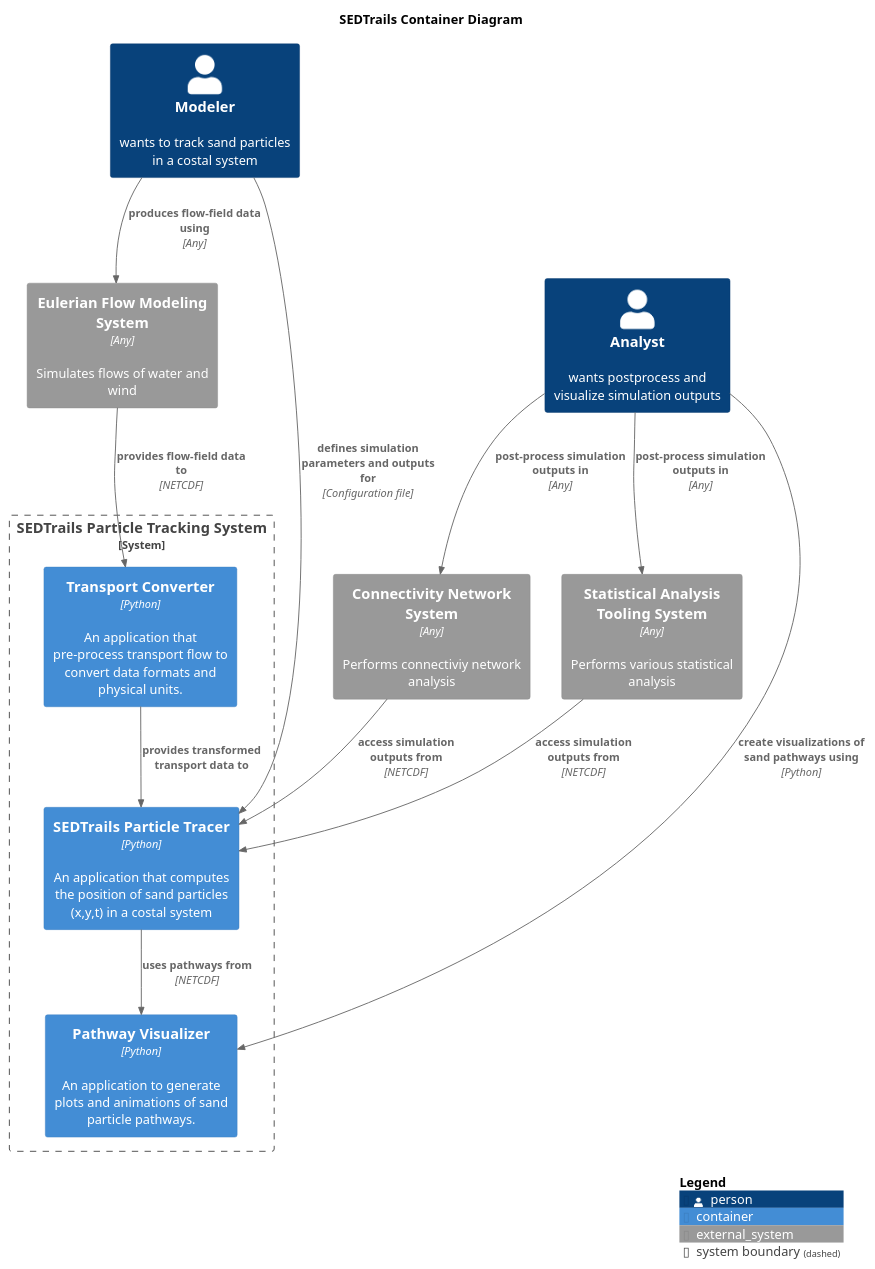
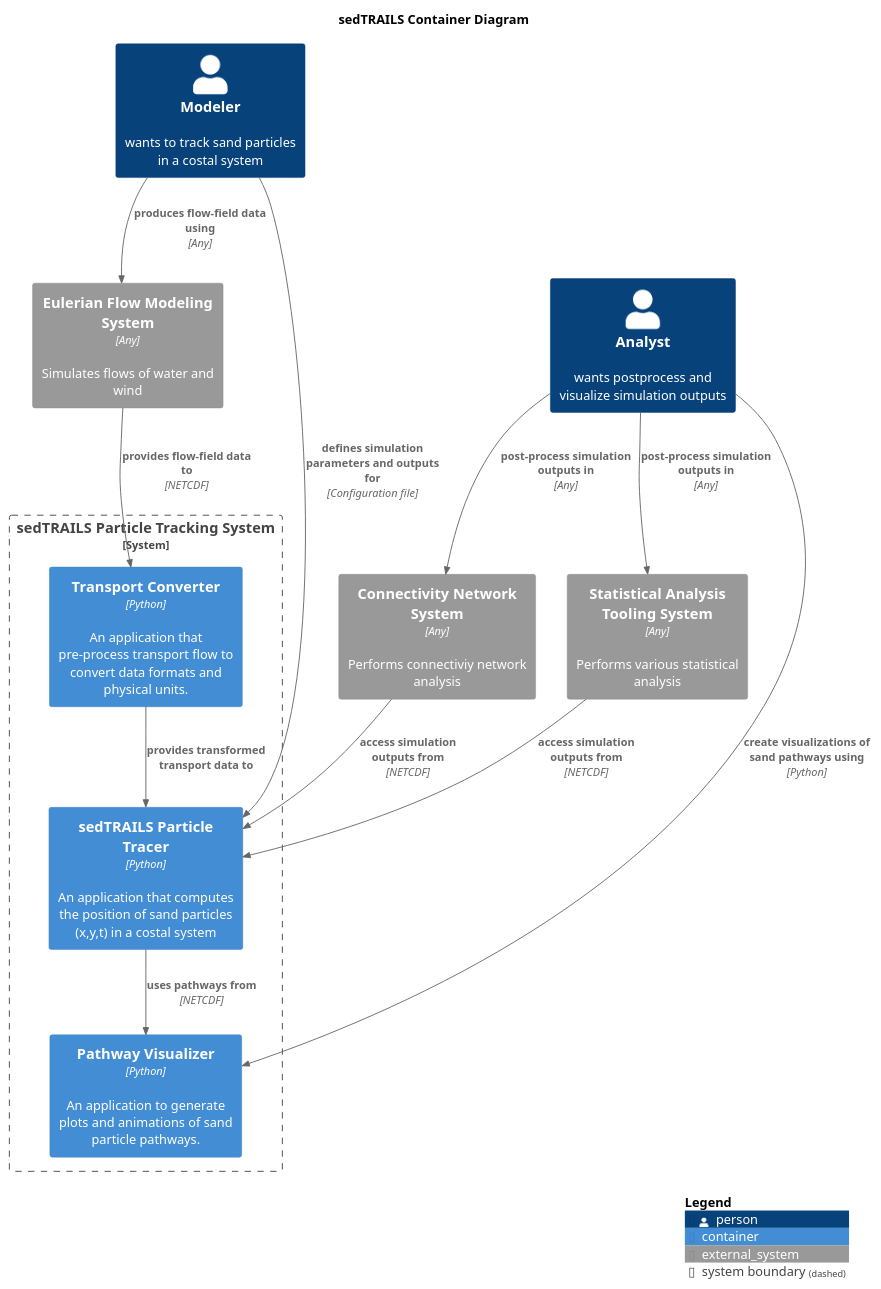
Before and after one commit to sgpearson17/sedtrails-sgp: the diagram in diagrams/containers.puml, drawn with PlantUML. The commit also changed 1 other file, not shown here.

```diff
--- a/diagrams/containers.puml
+++ b/diagrams/containers.puml
@@ -1,38 +1,38 @@
 @startuml SedtrailContainer
 !include <C4/C4_Container>
 
-title SEDTrails Container Diagram
+title sedTRAILS Container Diagram
 ' scale 2
 
 Person(modeler, "Modeler", "wants to track sand particles in a costal system")
 Person(analyst, "Analyst", "wants postprocess and visualize simulation outputs")
 
-System_Boundary(sedtrailsSystem, "SEDTrails Particle Tracking System"){ 
-    Container(sedtrailsApp, "SEDTrails Particle Tracer", "Python", "An application that computes the position of sand particles (x,y,t) in a costal system")
+System_Boundary(sedtrailsSystem, "sedTRAILS Particle Tracking System"){ 
+    Container(sedtrailsApp, "sedTRAILS Particle Tracer", "Python", "An application that computes the position of sand particles (x,y,t) in a costal system")
     Container(transportConverter, "Transport Converter", "Python", "An application that pre-process transport flow to convert data formats and physical units.")
     Container(pathwayVisualizer, "Pathway Visualizer", "Python", "An application to generate plots and animations of sand particle pathways.")
     
     Rel(transportConverter, sedtrailsApp, "provides transformed transport data to")
     Rel(sedtrailsApp, pathwayVisualizer, "uses pathways from", "NETCDF")
 
 }
 
 System_Ext(flowSystem, "Eulerian Flow Modeling System", "Simulates flows of water and wind", $type="Any")
 System_Ext(connectivityNetworkSys, "Connectivity Network System", "Performs connectiviy network analysis", $type="Any")
 System_Ext(statisticsSys, "Statistical Analysis Tooling System", "Performs various statistical analysis", $type="Any")
 
 Rel(modeler, sedtrailsApp, "defines simulation parameters and outputs for", "Configuration file")
 Rel(connectivityNetworkSys, sedtrailsApp, "access simulation outputs from", "NETCDF")
 Rel(statisticsSys, sedtrailsApp, "access simulation outputs from", "NETCDF")
 Rel(analyst, pathwayVisualizer, "create visualizations of sand pathways using", "Python")
 Rel(analyst, connectivityNetworkSys, "post-process simulation outputs in", "Any")
 Rel(analyst, statisticsSys, "post-process simulation outputs in", "Any")
 
 
 Rel(modeler, flowSystem, "produces flow-field data using", "Any")
 
 Rel(flowSystem, transportConverter, "provides flow-field data to ", "NETCDF")
 
 
 SHOW_LEGEND()
 @enduml
```
